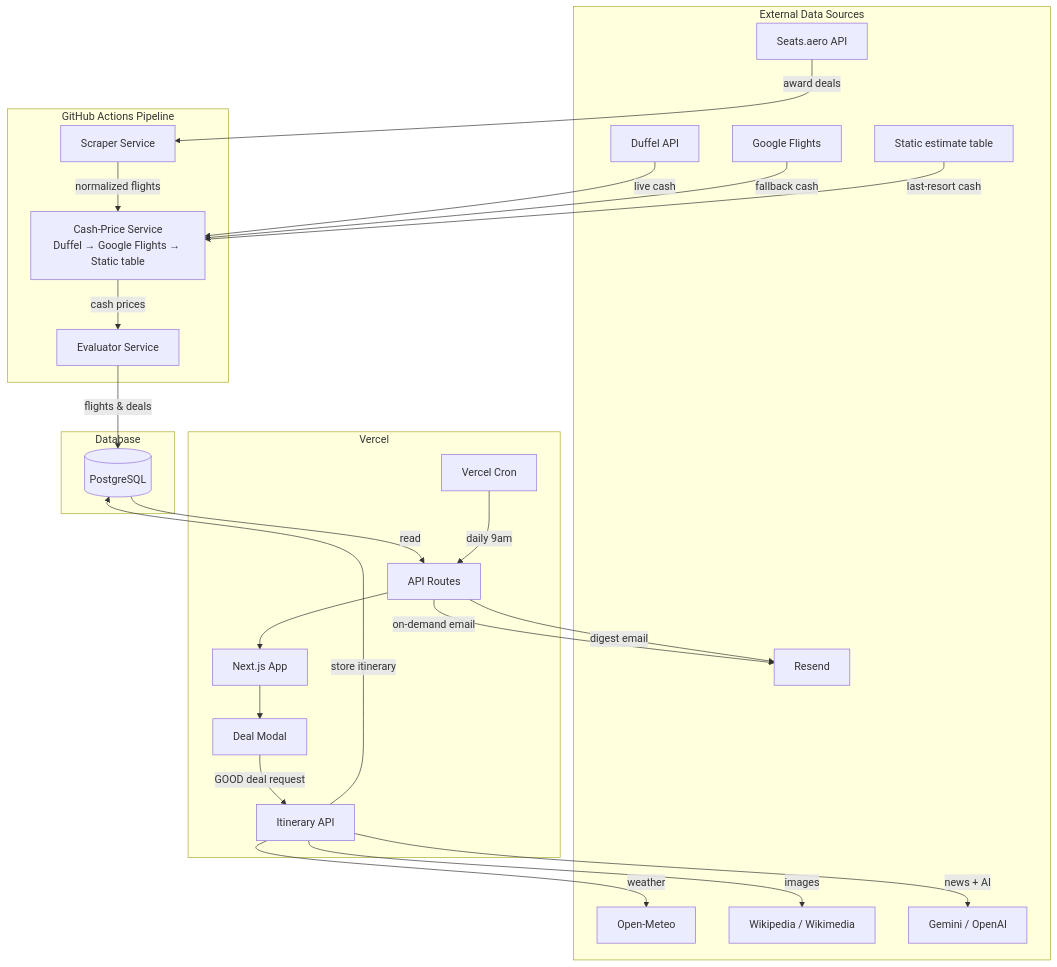
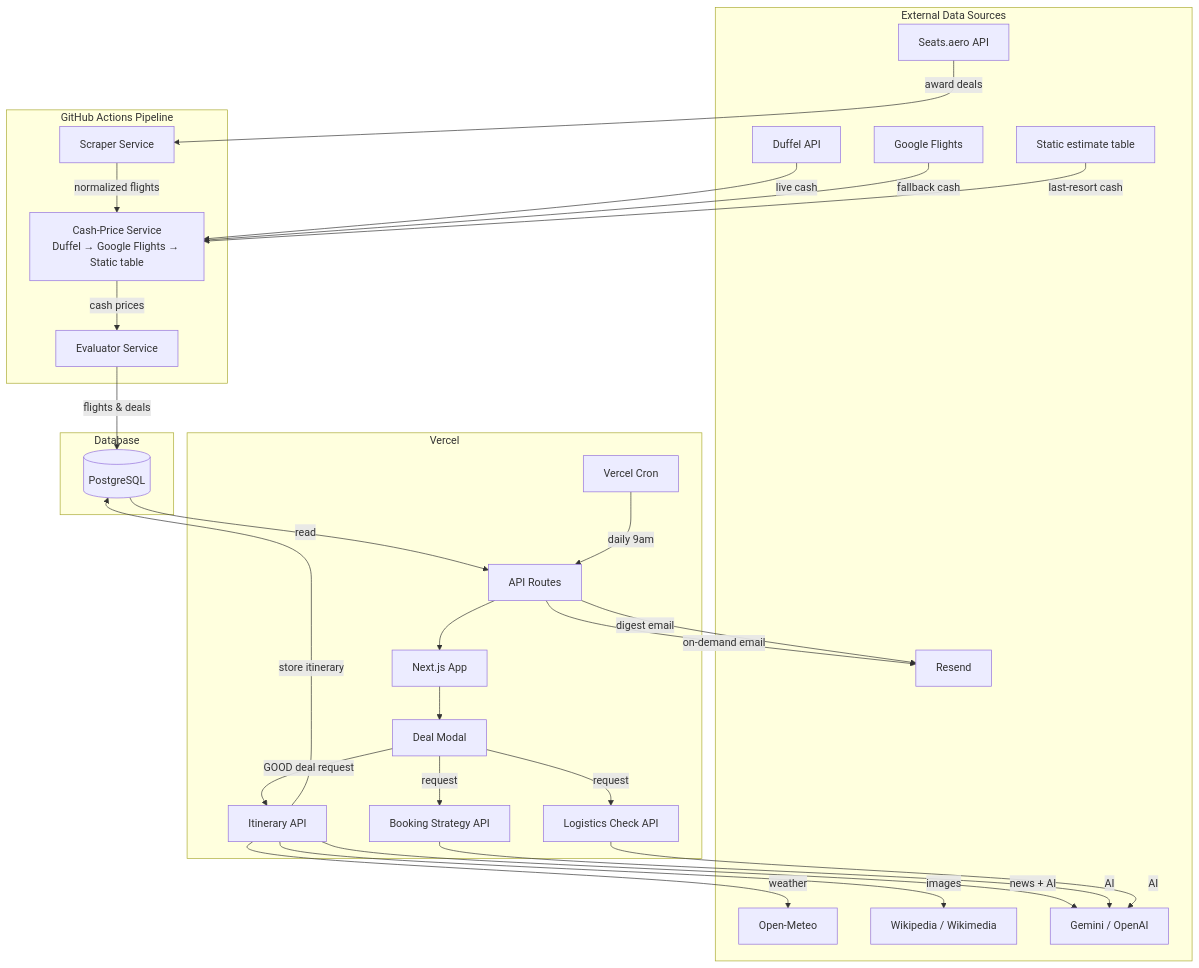
The first of 2 diagrams in README.md (hadileonard08/flight-deal-dashboard), drawn with Mermaid before and after one commit. The commit also changed other lines of this file and 10 other files, not shown here.

Commit message:
Add Booking Strategy and Logistics & Suitability on-demand agents, API routes, UI, and README updates

````diff
--- a/README.md
+++ b/README.md
@@ -126,50 +128,56 @@
 ```mermaid
 flowchart TD
     subgraph External Data Sources
         A[Seats.aero API]
         B[Duffel API]
         C[Google Flights]
         D[Open-Meteo]
         E[Wikipedia / Wikimedia]
         F[Gemini / OpenAI]
         G[Resend]
         S[Static estimate table]
     end
 
     subgraph GitHub Actions Pipeline
         H[Scraper Service]
         I[Cash-Price Service<br/>Duffel → Google Flights → Static table]
         J[Evaluator Service]
     end
 
     subgraph Vercel
         K[Next.js App]
         L[API Routes]
         M[Deal Modal]
         N[Itinerary API]
+        R[Booking Strategy API]
+        T[Logistics Check API]
         Q[Vercel Cron]
     end
 
     subgraph Database
         P[(PostgreSQL)]
     end
 
     A -->|award deals| H
     B -->|live cash| I
     C -->|fallback cash| I
     S -->|last-resort cash| I
     H -->|normalized flights| I
     I -->|cash prices| J
     J -->|flights & deals| P
     P -->|read| L
     L --> K
     K --> M
     M -->|GOOD deal request| N
+    M -->|request| R
+    M -->|request| T
     N -->|weather| D
     N -->|images| E
     N -->|news + AI| F
+    R -->|AI| F
+    T -->|AI| F
     N -->|store itinerary| P
     L -->|on-demand email| G
     Q -->|daily 9am| L
     L -->|digest email| G
 ```
````
